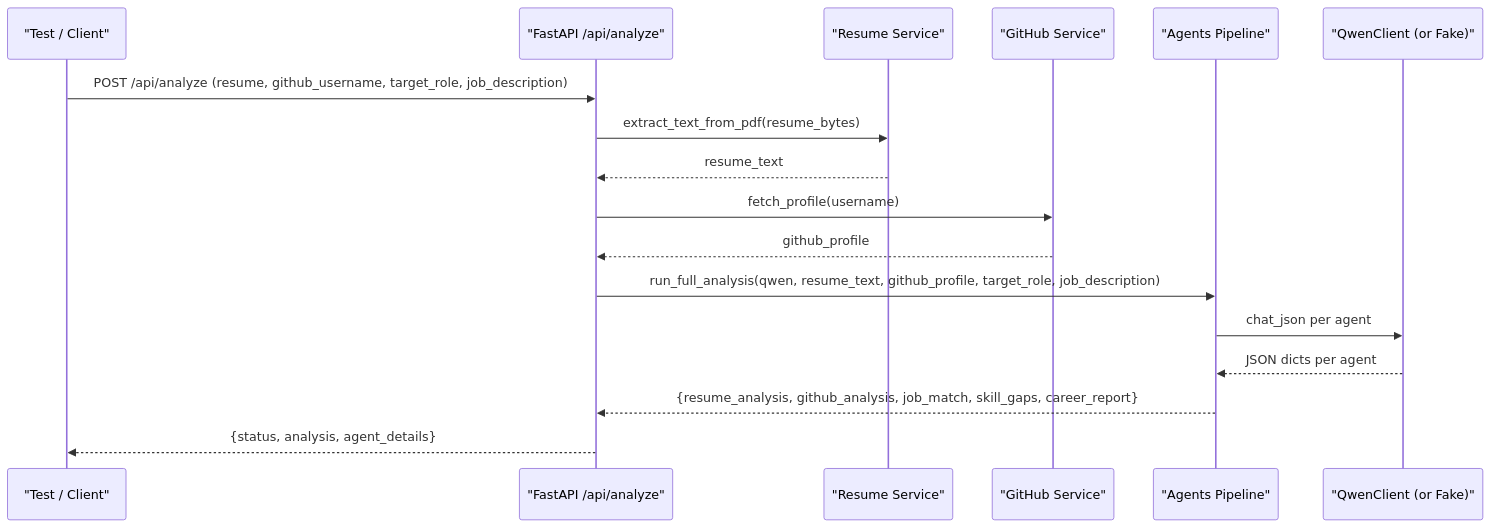
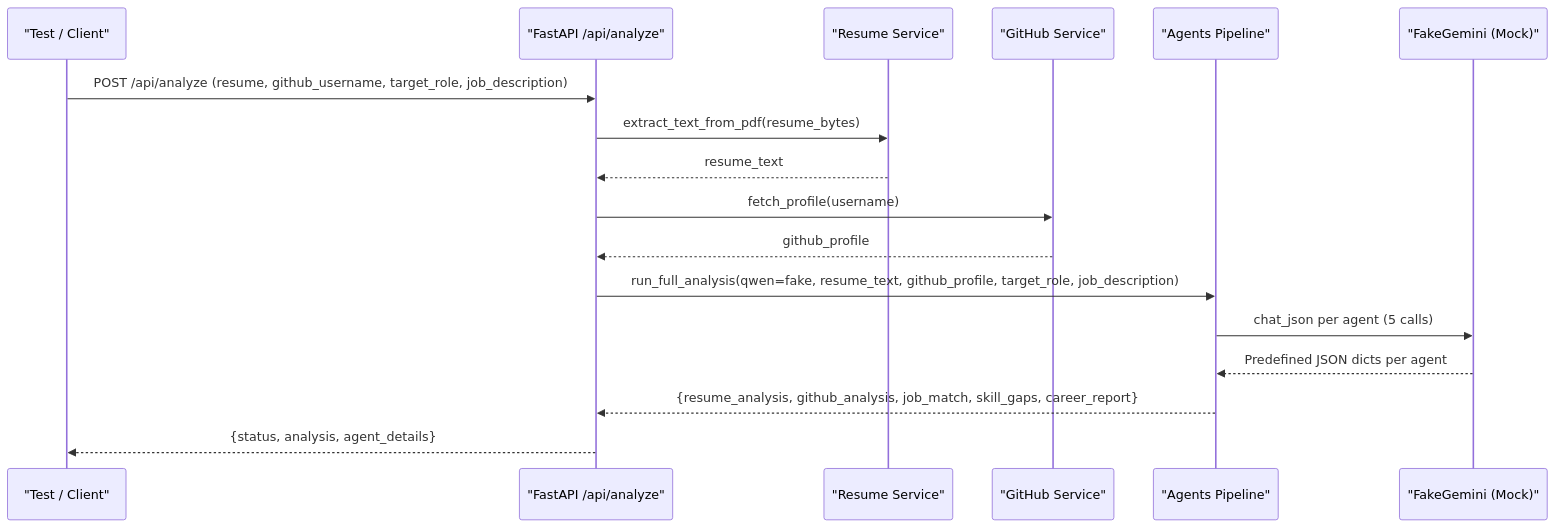
The second of 4 diagrams in .qoder/repowiki/en/content/Testing Strategy.md (waqarimran342/CareerOS-AI), drawn with Mermaid before and after one commit. The commit also changed other lines of this file and 32 other files, not shown here.

````diff
--- a/.qoder/repowiki/en/content/Testing Strategy.md
+++ b/.qoder/repowiki/en/content/Testing Strategy.md
@@ -83,19 +95,19 @@
 ```mermaid
 sequenceDiagram
 participant Client as "Test / Client"
 participant API as "FastAPI /api/analyze"
 participant ResSvc as "Resume Service"
 participant GH as "GitHub Service"
 participant Agg as "Agents Pipeline"
-participant Q as "QwenClient (or Fake)"
+participant Q as "FakeGemini (Mock)"
 Client->>API : POST /api/analyze (resume, github_username, target_role, job_description)
 API->>ResSvc : extract_text_from_pdf(resume_bytes)
 ResSvc-->>API : resume_text
 API->>GH : fetch_profile(username)
 GH-->>API : github_profile
-API->>Agg : run_full_analysis(qwen, resume_text, github_profile, target_role, job_description)
-Agg->>Q : chat_json per agent
-Q-->>Agg : JSON dicts per agent
+API->>Agg : run_full_analysis(qwen=fake, resume_text, github_profile, target_role, job_description)
+Agg->>Q : chat_json per agent (5 calls)
+Q-->>Agg : Predefined JSON dicts per agent
 Agg-->>API : {resume_analysis, github_analysis, job_match, skill_gaps, career_report}
 API-->>Client : {status, analysis, agent_details}
 ```
````
